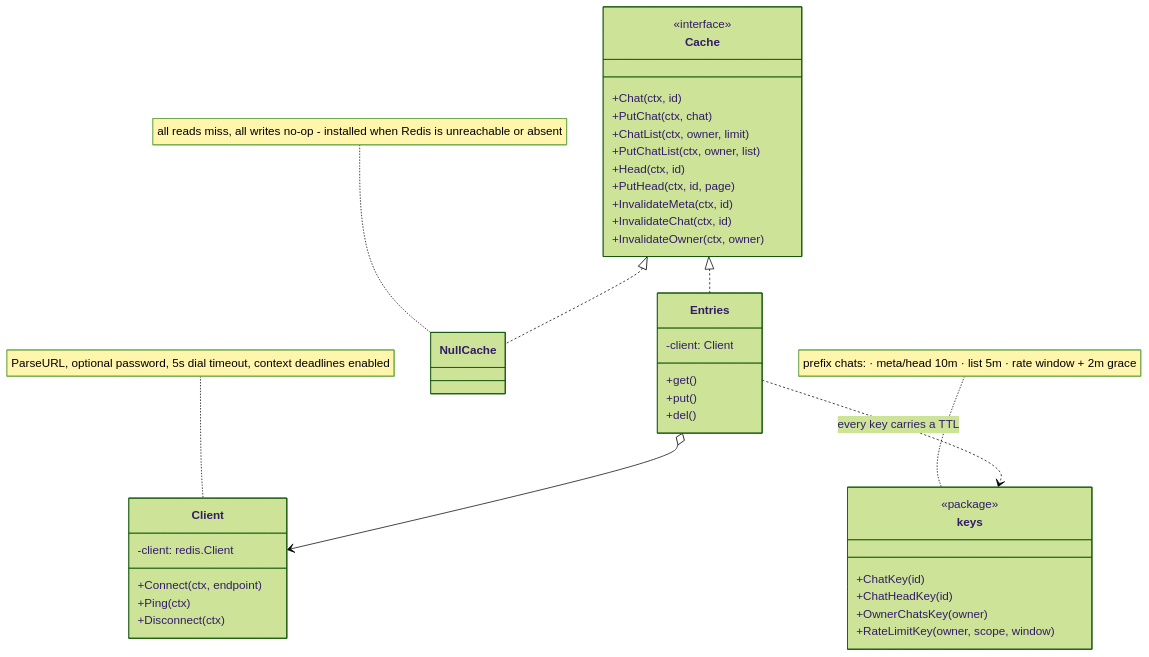
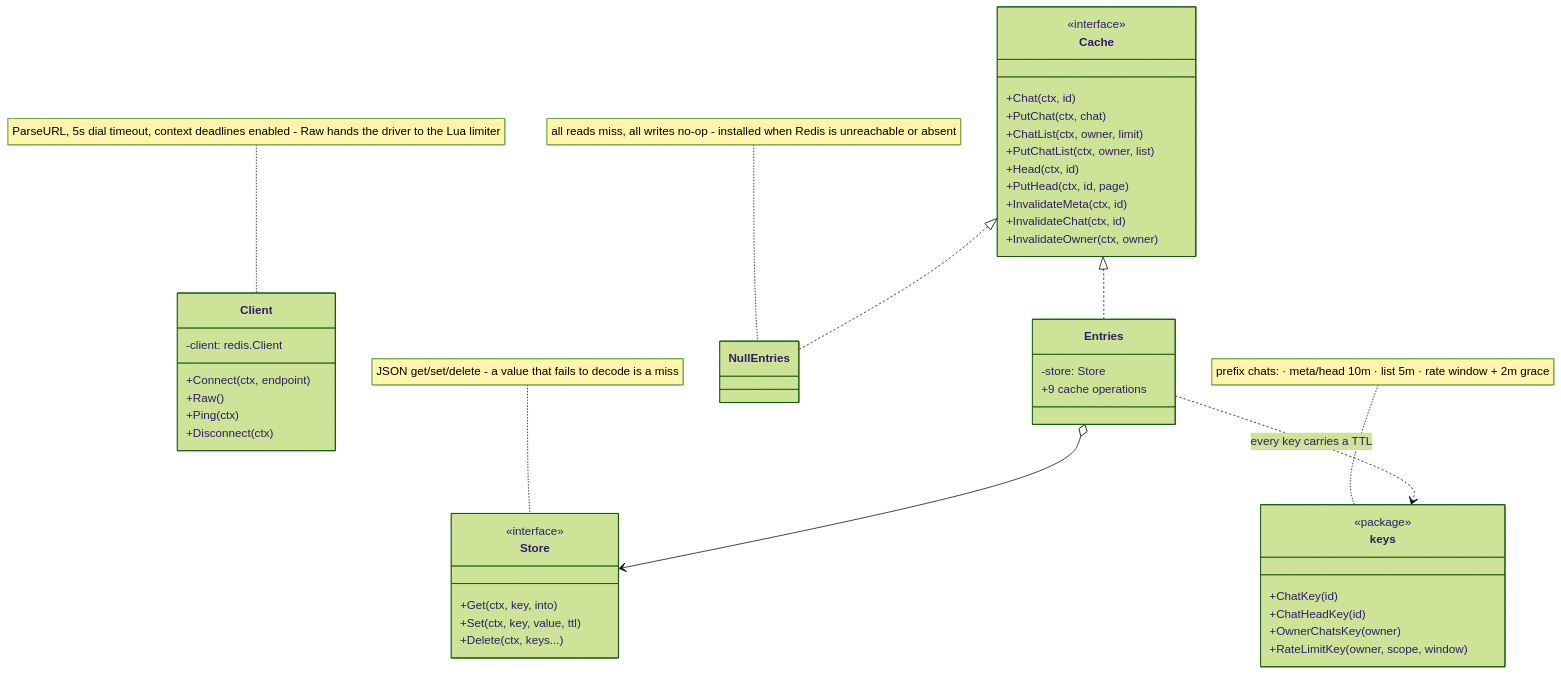
The second of 3 diagrams in services/chats/docs/concepts/cache.md (kunalPisolkar24/detectAI), drawn with Mermaid (forest theme) before and after one commit. The commit also changed other lines of this file and 44 other files, not shown here.

Commit message:
Rate limit all chat RPCs and split the cache into focused packages

````diff
--- a/services/chats/docs/concepts/cache.md
+++ b/services/chats/docs/concepts/cache.md
@@ -33,42 +33,48 @@
 ```mermaid
 classDiagram
     class Cache {
         <<interface>>
         +Chat(ctx, id)
         +PutChat(ctx, chat)
         +ChatList(ctx, owner, limit)
         +PutChatList(ctx, owner, list)
         +Head(ctx, id)
         +PutHead(ctx, id, page)
         +InvalidateMeta(ctx, id)
         +InvalidateChat(ctx, id)
         +InvalidateOwner(ctx, owner)
     }
     class Client {
         -client: redis.Client
         +Connect(ctx, endpoint)
+        +Raw()
         +Ping(ctx)
         +Disconnect(ctx)
     }
+    class Store {
+        <<interface>>
+        +Get(ctx, key, into)
+        +Set(ctx, key, value, ttl)
+        +Delete(ctx, keys...)
+    }
     class Entries {
-        -client: Client
-        +get()
-        +put()
-        +del()
+        -store: Store
+        +9 cache operations
     }
     class keys {
         <<package>>
         +ChatKey(id)
         +ChatHeadKey(id)
         +OwnerChatsKey(owner)
         +RateLimitKey(owner, scope, window)
     }
-    class NullCache
+    class NullEntries
     Cache <|.. Entries
-    Cache <|.. NullCache
-    Entries o--> Client
+    Cache <|.. NullEntries
+    Entries o--> Store
     Entries ..> keys : every key carries a TTL
-    note for Client "ParseURL, optional password, 5s dial timeout, context deadlines enabled"
-    note for NullCache "all reads miss, all writes no-op - installed when Redis is unreachable or absent"
+    note for Client "ParseURL, 5s dial timeout, context deadlines enabled - Raw hands the driver to the Lua limiter"
+    note for Store "JSON get/set/delete - a value that fails to decode is a miss"
+    note for NullEntries "all reads miss, all writes no-op - installed when Redis is unreachable or absent"
     note for keys "prefix chats: · meta/head 10m · list 5m · rate window + 2m grace"
 ```
````
